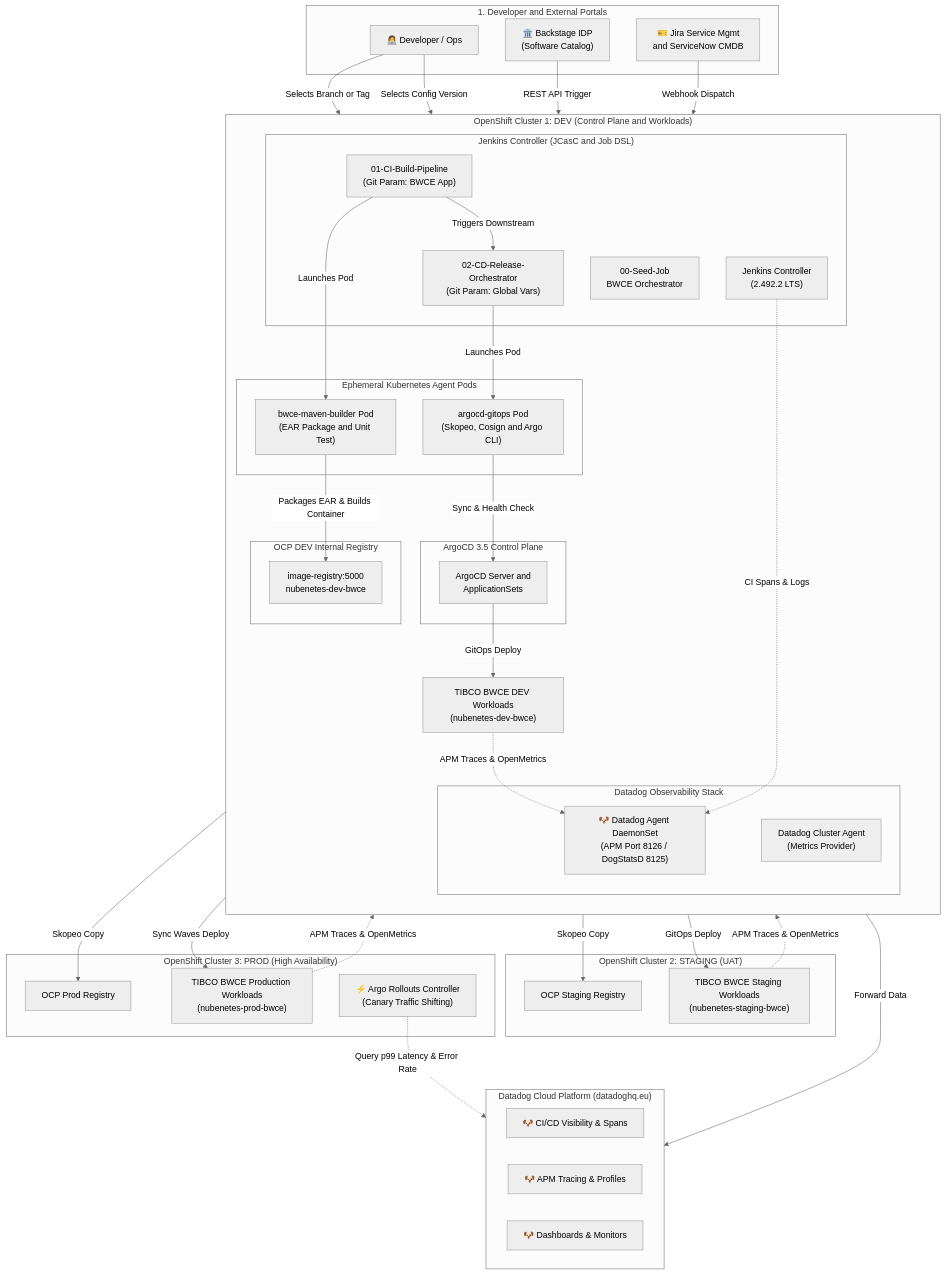
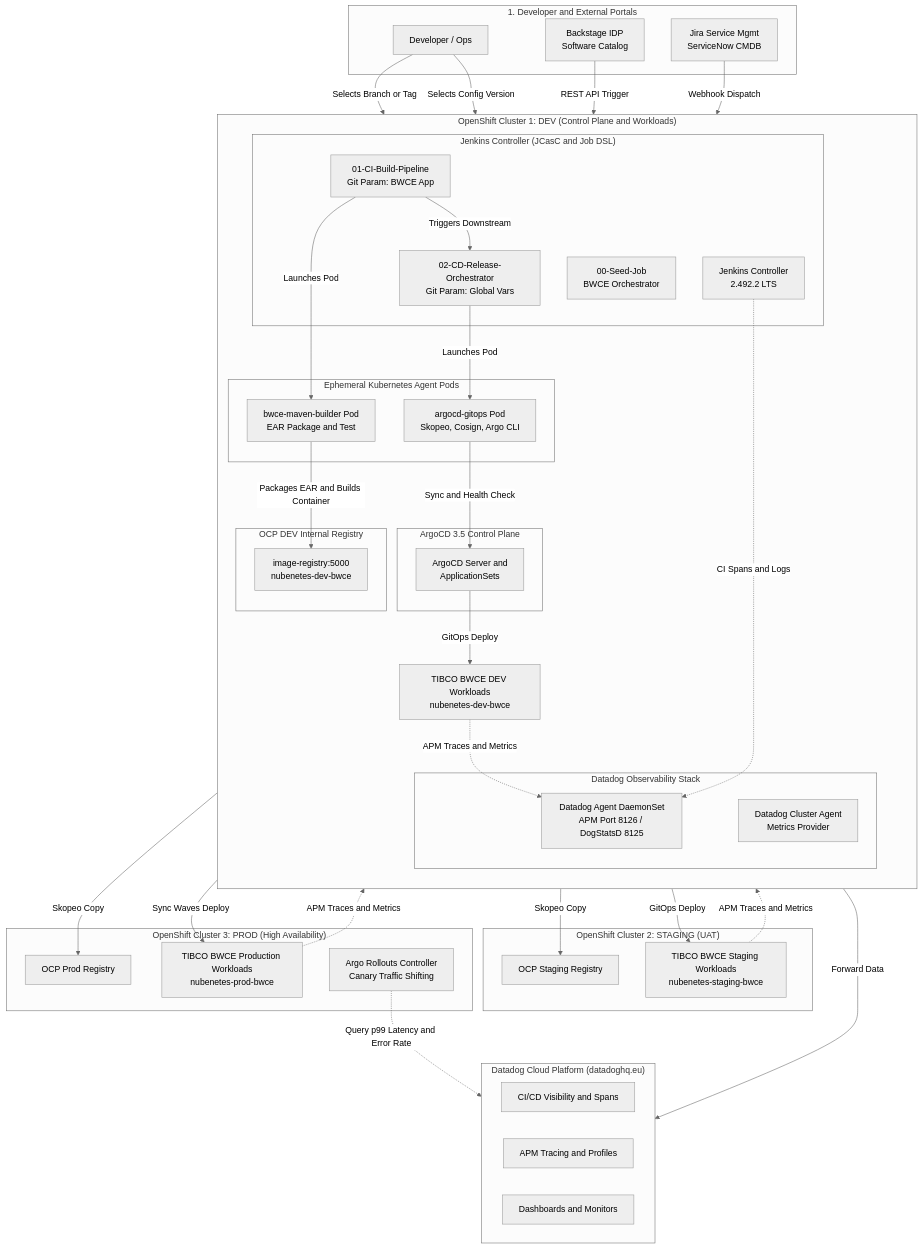
Before and after one commit to nubenetes/jenkins-git-parameter-bwce: the first of 10 diagrams in README.md, drawn with Mermaid (neutral theme). The commit also changed other lines of this file, not shown here.

Commit message:
docs: fold all diagrams and add comprehensive architectural flows with validated Mermaid syntax

````diff
--- a/README.md
+++ b/README.md
@@ -43,80 +47,80 @@
 ```mermaid
 flowchart TB
     subgraph DevSystems ["1. Developer and External Portals"]
-        Dev["👩‍💻 Developer / Ops"]
-        Backstage["🏛️ Backstage IDP<br/>(Software Catalog)"]
-        ITSM["🎫 Jira Service Mgmt<br/>and ServiceNow CMDB"]
+        Dev["Developer / Ops"]
+        Backstage["Backstage IDP<br/>Software Catalog"]
+        ITSM["Jira Service Mgmt<br/>ServiceNow CMDB"]
     end
 
     subgraph OCP_DEV ["OpenShift Cluster 1: DEV (Control Plane and Workloads)"]
         direction TB
         subgraph JenkinsPlatform ["Jenkins Controller (JCasC and Job DSL)"]
-            Master["Jenkins Controller<br/>(2.492.2 LTS)"]
+            Master["Jenkins Controller<br/>2.492.2 LTS"]
             Seed["00-Seed-Job<br/>BWCE Orchestrator"]
-            CIJob["01-CI-Build-Pipeline<br/>(Git Param: BWCE App)"]
-            CDJob["02-CD-Release-Orchestrator<br/>(Git Param: Global Vars)"]
+            CIJob["01-CI-Build-Pipeline<br/>Git Param: BWCE App"]
+            CDJob["02-CD-Release-Orchestrator<br/>Git Param: Global Vars"]
         end
 
         subgraph Agents ["Ephemeral Kubernetes Agent Pods"]
-            BwceAgent["bwce-maven-builder Pod<br/>(EAR Package and Unit Test)"]
-            GitOpsAgent["argocd-gitops Pod<br/>(Skopeo, Cosign and Argo CLI)"]
+            BwceAgent["bwce-maven-builder Pod<br/>EAR Package and Test"]
+            GitOpsAgent["argocd-gitops Pod<br/>Skopeo, Cosign, Argo CLI"]
         end
 
         subgraph OCPDevRegistry ["OCP DEV Internal Registry"]
             DevReg["image-registry:5000<br/>nubenetes-dev-bwce"]
         end
 
         subgraph ArgoCDMaster ["ArgoCD 3.5 Control Plane"]
             ArgoServer["ArgoCD Server and<br/>ApplicationSets"]
         end
 
         subgraph DatadogAgentStack ["Datadog Observability Stack"]
-            DDAgent["🐶 Datadog Agent DaemonSet<br/>(APM Port 8126 / DogStatsD 8125)"]
-            DDCluster["Datadog Cluster Agent<br/>(Metrics Provider)"]
+            DDAgent["Datadog Agent DaemonSet<br/>APM Port 8126 / DogStatsD 8125"]
+            DDCluster["Datadog Cluster Agent<br/>Metrics Provider"]
         end
 
-        DevApps["TIBCO BWCE DEV Workloads<br/>(nubenetes-dev-bwce)"]
+        DevApps["TIBCO BWCE DEV Workloads<br/>nubenetes-dev-bwce"]
     end
 
     subgraph OCP_STG ["OpenShift Cluster 2: STAGING (UAT)"]
         StgReg["OCP Staging Registry"]
-        StgApps["TIBCO BWCE Staging Workloads<br/>(nubenetes-staging-bwce)"]
+        StgApps["TIBCO BWCE Staging Workloads<br/>nubenetes-staging-bwce"]
     end
 
     subgraph OCP_PRD ["OpenShift Cluster 3: PROD (High Availability)"]
         PrdReg["OCP Prod Registry"]
-        PrdApps["TIBCO BWCE Production Workloads<br/>(nubenetes-prod-bwce)"]
-        RolloutCtrl["⚡ Argo Rollouts Controller<br/>(Canary Traffic Shifting)"]
+        PrdApps["TIBCO BWCE Production Workloads<br/>nubenetes-prod-bwce"]
+        RolloutCtrl["Argo Rollouts Controller<br/>Canary Traffic Shifting"]
     end
 
     subgraph DatadogCloud ["Datadog Cloud Platform (datadoghq.eu)"]
-        DDCIVis["🐶 CI/CD Visibility & Spans"]
-        DDAPM["🐶 APM Tracing & Profiles"]
-        DDDash["🐶 Dashboards & Monitors"]
+        DDCIVis["CI/CD Visibility and Spans"]
+        DDAPM["APM Tracing and Profiles"]
+        DDDash["Dashboards and Monitors"]
     end
 
     Dev -->|Selects Branch or Tag| CIJob
     Dev -->|Selects Config Version| CDJob
     Backstage -->|REST API Trigger| CDJob
     ITSM -->|Webhook Dispatch| CDJob
 
     CIJob -->|Launches Pod| BwceAgent
-    BwceAgent -->|Packages EAR & Builds Container| DevReg
+    BwceAgent -->|Packages EAR and Builds Container| DevReg
     CIJob -->|Triggers Downstream| CDJob
 
     CDJob -->|Launches Pod| GitOpsAgent
     GitOpsAgent -->|Skopeo Copy| StgReg
     GitOpsAgent -->|Skopeo Copy| PrdReg
-    GitOpsAgent -->|Sync & Health Check| ArgoServer
+    GitOpsAgent -->|Sync and Health Check| ArgoServer
 
     ArgoServer -->|GitOps Deploy| DevApps
     ArgoServer -->|GitOps Deploy| StgApps
     ArgoServer -->|Sync Waves Deploy| PrdApps
 
-    Master -.->|CI Spans & Logs| DDAgent
-    DevApps -.->|APM Traces & OpenMetrics| DDAgent
-    StgApps -.->|APM Traces & OpenMetrics| DDAgent
-    PrdApps -.->|APM Traces & OpenMetrics| DDAgent
+    Master -.->|CI Spans and Logs| DDAgent
+    DevApps -.->|APM Traces and Metrics| DDAgent
+    StgApps -.->|APM Traces and Metrics| DDAgent
+    PrdApps -.->|APM Traces and Metrics| DDAgent
     DDAgent -->|Forward Data| DatadogCloud
-    RolloutCtrl -.->|Query p99 Latency & Error Rate| DatadogCloud
+    RolloutCtrl -.->|Query p99 Latency and Error Rate| DatadogCloud
 ```
````
